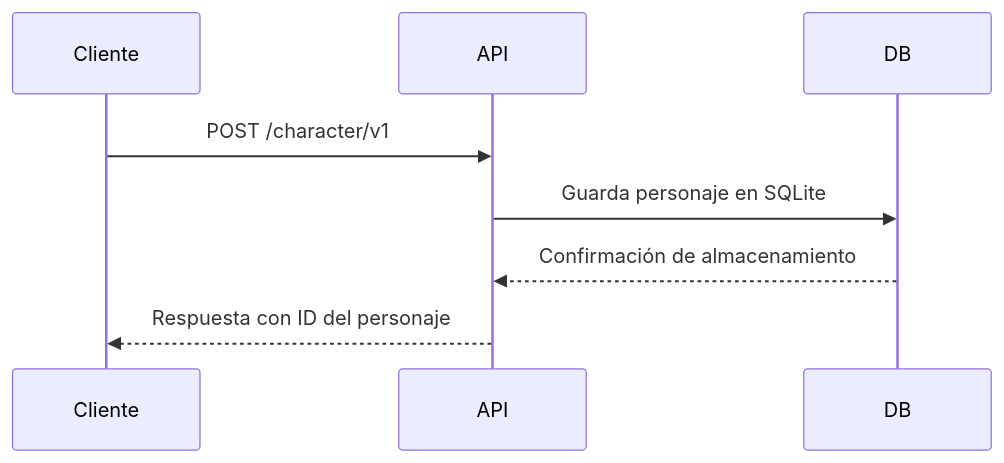
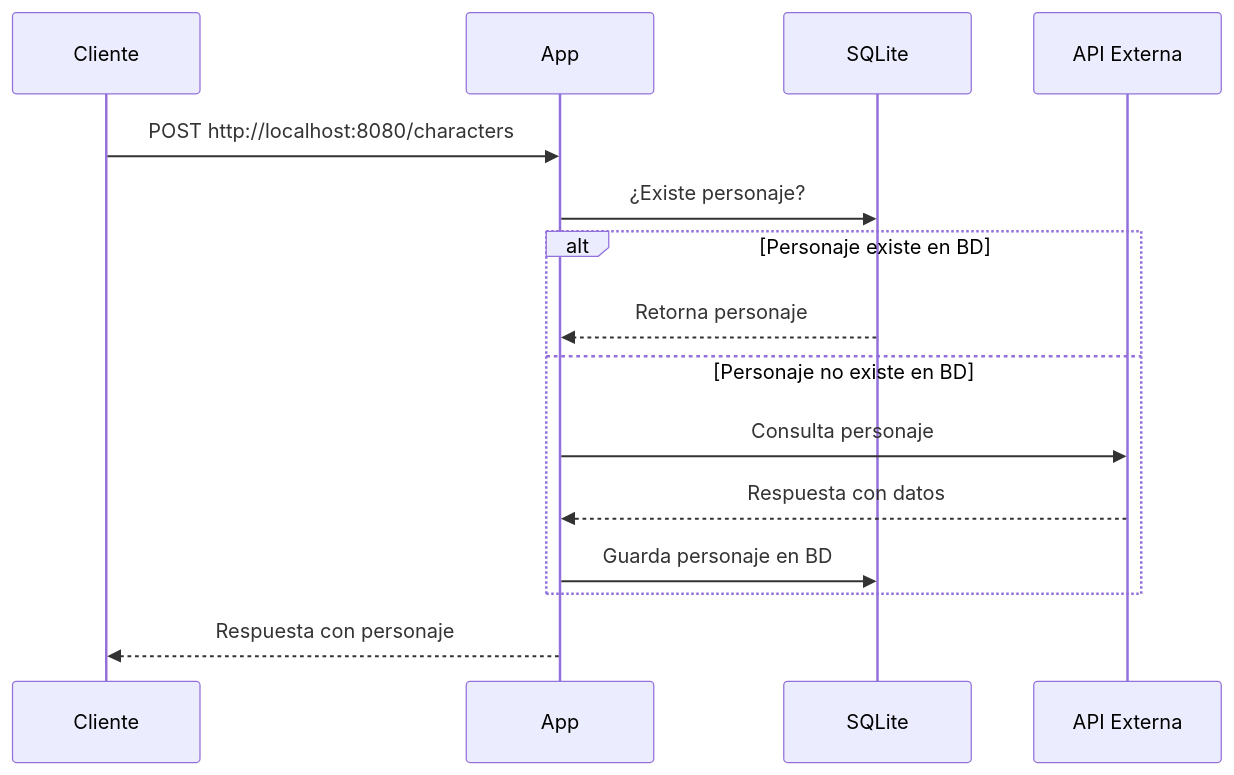
One commit to panxomon/dragonball-api changed the diagram in Readme.md. Above: the diagram before and after it, drawn with Mermaid.

````diff
--- a/Readme.md
+++ b/Readme.md
@@ -18,11 +18,18 @@
 ```mermaid
 sequenceDiagram
     participant Cliente
-    participant API
-    participant DB
+    participant App
+    participant SQLite
+    participant API Externa
 
-    Cliente->>API: POST /character/v1
-    API->>DB: Guarda personaje en SQLite
-    DB-->>API: Confirmación de almacenamiento
-    API-->>Cliente: Respuesta con ID del personaje
+    Cliente->>App: POST http://localhost:8080/characters
+    App->>SQLite: ¿Existe personaje?
+    alt Personaje existe en BD
+        SQLite-->>App: Retorna personaje
+    else Personaje no existe en BD
+        App->>API Externa: Consulta personaje
+        API Externa-->>App: Respuesta con datos
+        App->>SQLite: Guarda personaje en BD
+    end
+    App-->>Cliente: Respuesta con personaje
 ```
````
